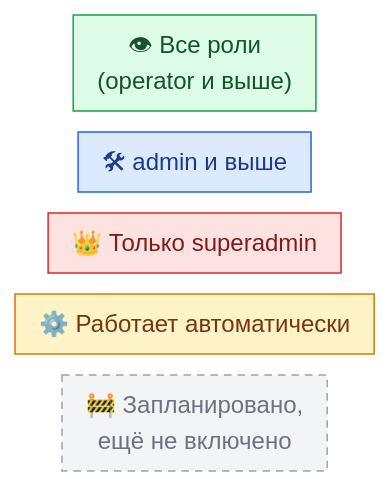
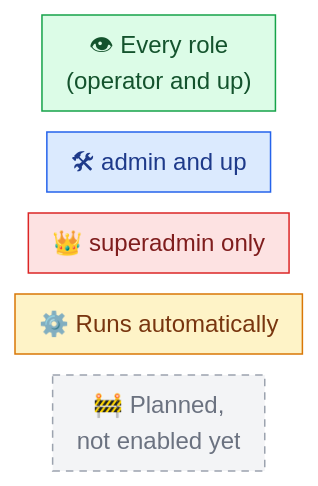
Before and after one commit to Madly222/MCPforMonitoring: the second of 2 diagrams in docs/features/README.md, drawn with Mermaid. The commit also changed other lines of this file and 37 other files, not shown here.

````diff
--- a/docs/features/README.md
+++ b/docs/features/README.md
@@ -41,15 +41,15 @@
 ```mermaid
 %%{init: {"flowchart": {"nodeSpacing": 14, "rankSpacing": 45, "curve": "basis", "padding": 8, "wrappingWidth": 260}}}%%
 flowchart LR
-    L1["👁 Все роли<br/>(operator и выше)"]:::all
-    L2["🛠 admin и выше"]:::admin
-    L3["👑 Только superadmin"]:::super
-    L4["⚙️ Работает автоматически"]:::auto
-    L5["🚧 Запланировано,<br/>ещё не включено"]:::plan
+    L1["👁 Every role<br/>(operator and up)"]:::all
+    L2["🛠 admin and up"]:::admin
+    L3["👑 superadmin only"]:::super
+    L4["⚙️ Runs automatically"]:::auto
+    L5["🚧 Planned,<br/>not enabled yet"]:::plan
 
     classDef all   fill:#dcfce7,stroke:#16a34a,color:#14532d
     classDef admin fill:#dbeafe,stroke:#2563eb,color:#1e3a8a
     classDef super fill:#fde2e2,stroke:#dc2626,color:#7f1d1d
     classDef auto  fill:#fef3c7,stroke:#d97706,color:#78350f
     classDef plan  fill:#f3f4f6,stroke:#9ca3af,color:#6b7280,stroke-dasharray:5 4
 ```
````
